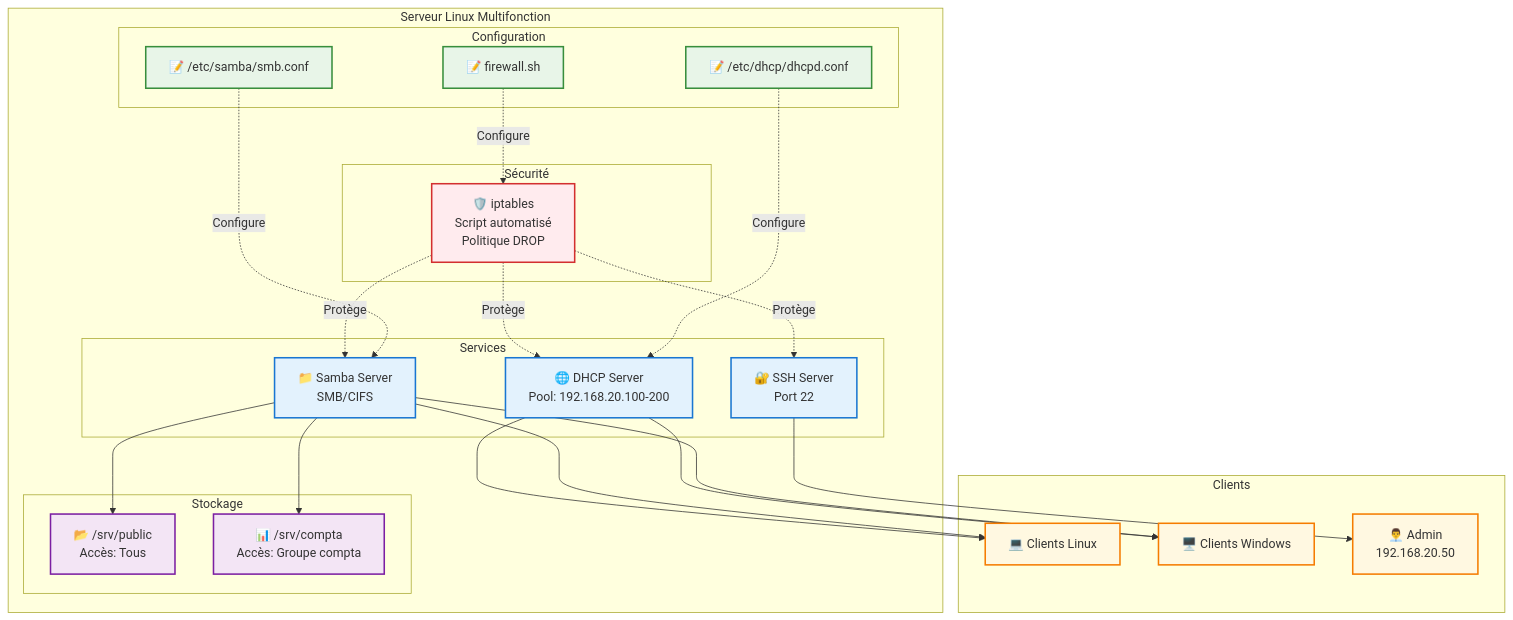
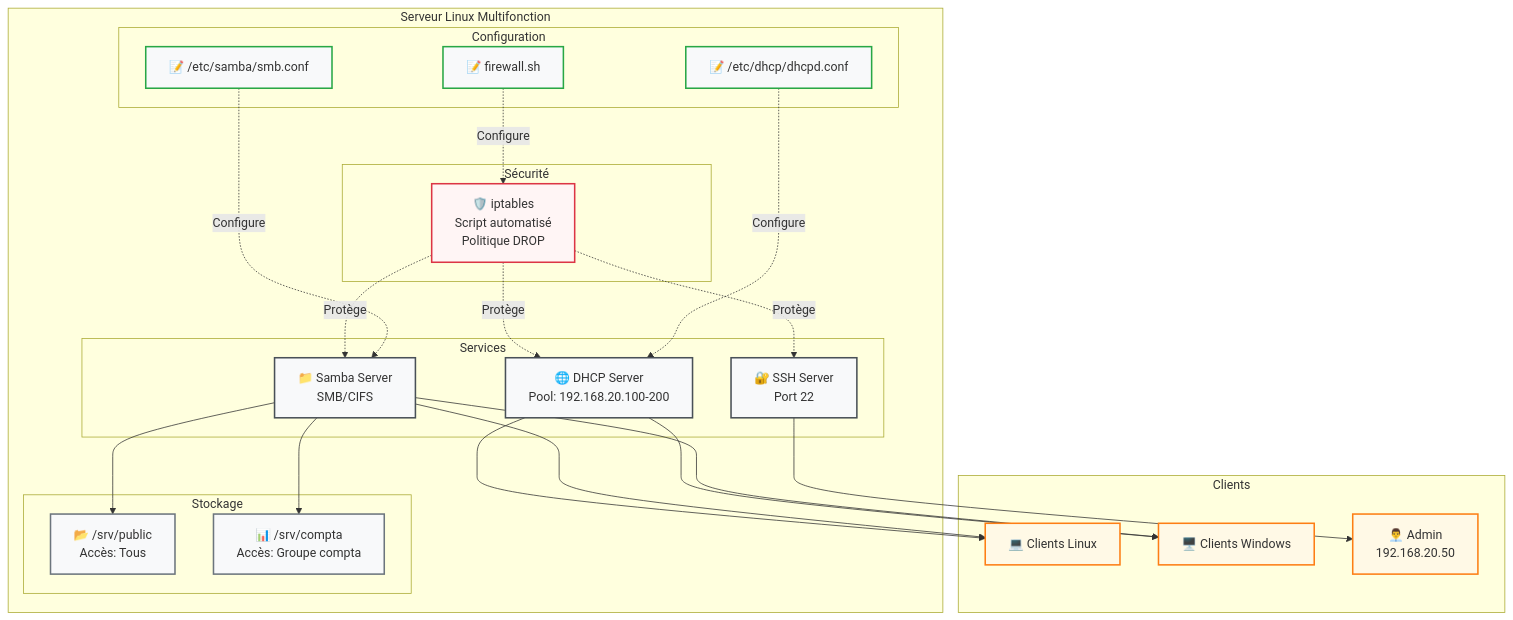
The diagram in README.md (M4XGO/tp-lpic102), drawn with Mermaid before and after one commit.

Commit message:
style: update color scheme in infrastructure diagram in README

````diff
--- a/README.md
+++ b/README.md
@@ -3,63 +3,63 @@
 ```mermaid
 graph TB
     subgraph "Serveur Linux Multifonction"
         subgraph "Services"
             DHCP[🌐 DHCP Server<br/>Pool: 192.168.20.100-200]
             SAMBA[📁 Samba Server<br/>SMB/CIFS]
             SSH[🔐 SSH Server<br/>Port 22]
         end
         
         subgraph "Sécurité"
             IPTABLES[🛡️ iptables<br/>Script automatisé<br/>Politique DROP]
         end
         
         subgraph "Stockage"
             PUBLIC[📂 /srv/public<br/>Accès: Tous]
             COMPTA[📊 /srv/compta<br/>Accès: Groupe compta]
         end
         
         subgraph "Configuration"
             DHCP_CONF[📝 /etc/dhcp/dhcpd.conf]
             SAMBA_CONF[📝 /etc/samba/smb.conf]
             FW_SCRIPT[📝 firewall.sh]
         end
     end
     
     subgraph "Clients"
         LINUX[💻 Clients Linux]
         WINDOWS[🖥️ Clients Windows]
         ADMIN[👨‍💼 Admin<br/>192.168.20.50]
     end
     
     %% Connexions services
     DHCP --> LINUX
     DHCP --> WINDOWS
     
     SAMBA --> PUBLIC
     SAMBA --> COMPTA
     SAMBA --> LINUX
     SAMBA --> WINDOWS
     
     SSH --> ADMIN
     
     IPTABLES -.->|Protège| DHCP
     IPTABLES -.->|Protège| SAMBA
     IPTABLES -.->|Protège| SSH
     
     %% Configuration
     DHCP_CONF -.->|Configure| DHCP
     SAMBA_CONF -.->|Configure| SAMBA
     FW_SCRIPT -.->|Configure| IPTABLES
     
-    classDef service fill:#e3f2fd,stroke:#1976d2,stroke-width:2px
-    classDef security fill:#ffebee,stroke:#d32f2f,stroke-width:2px
-    classDef storage fill:#f3e5f5,stroke:#7b1fa2,stroke-width:2px
-    classDef config fill:#e8f5e8,stroke:#388e3c,stroke-width:2px
-    classDef client fill:#fff8e1,stroke:#f57c00,stroke-width:2px
+    classDef service fill:#f8f9fa,stroke:#495057,stroke-width:2px
+    classDef security fill:#fff5f5,stroke:#dc3545,stroke-width:2px
+    classDef storage fill:#f8f9fa,stroke:#6c757d,stroke-width:2px
+    classDef config fill:#f8f9fa,stroke:#28a745,stroke-width:2px
+    classDef client fill:#fff9e6,stroke:#fd7e14,stroke-width:2px
     
     class DHCP,SAMBA,SSH service
     class IPTABLES security
     class PUBLIC,COMPTA storage
     class DHCP_CONF,SAMBA_CONF,FW_SCRIPT config
     class LINUX,WINDOWS,ADMIN client
 ```
````
